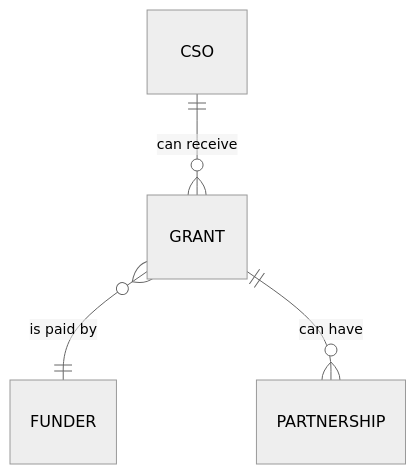
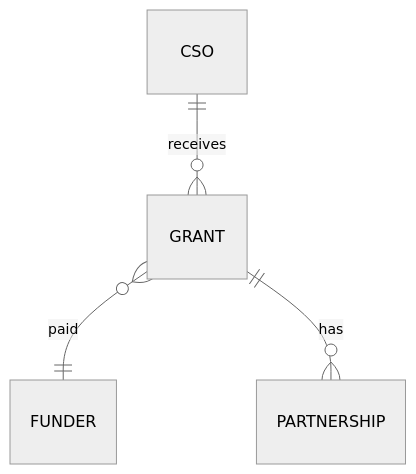
Before and after one commit to code4romania/alex-api: the diagram in docs/er.diagram.md, drawn with Mermaid (neutral theme).

````diff
--- a/docs/er.diagram.md
+++ b/docs/er.diagram.md
@@ -3,7 +3,6 @@
 ```mermaid
 erDiagram
-    CSO ||--o{ GRANT : "can receive"
-    GRANT }o--|| FUNDER : "is paid by"
-
-    GRANT ||--o{ PARTNERSHIP : "can have"
+    CSO ||--o{ GRANT : receives
+    GRANT }o--|| FUNDER : paid
+    GRANT ||--o{ PARTNERSHIP : has
 ```
````
